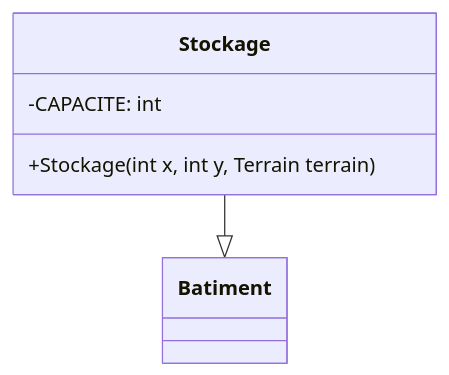
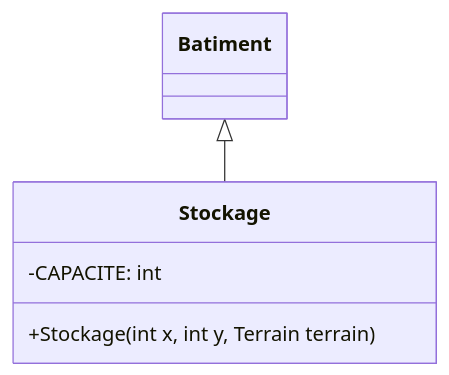
The ninth of 19 diagrams in docs/Rapport.md (FattDoan/Projet-PCII-Groupe), drawn with Mermaid before and after one commit. The commit also changed other lines of this file and 2 other files, not shown here.

````diff
--- a/docs/Rapport.md
+++ b/docs/Rapport.md
@@ -523,8 +523,8 @@
 ```mermaid
 classDiagram
     class Stockage {
         -CAPACITE: int
         +Stockage(int x, int y, Terrain terrain)
     }
-    Stockage --|> Batiment
+    Batiment <|-- Stockage
 ```
````
